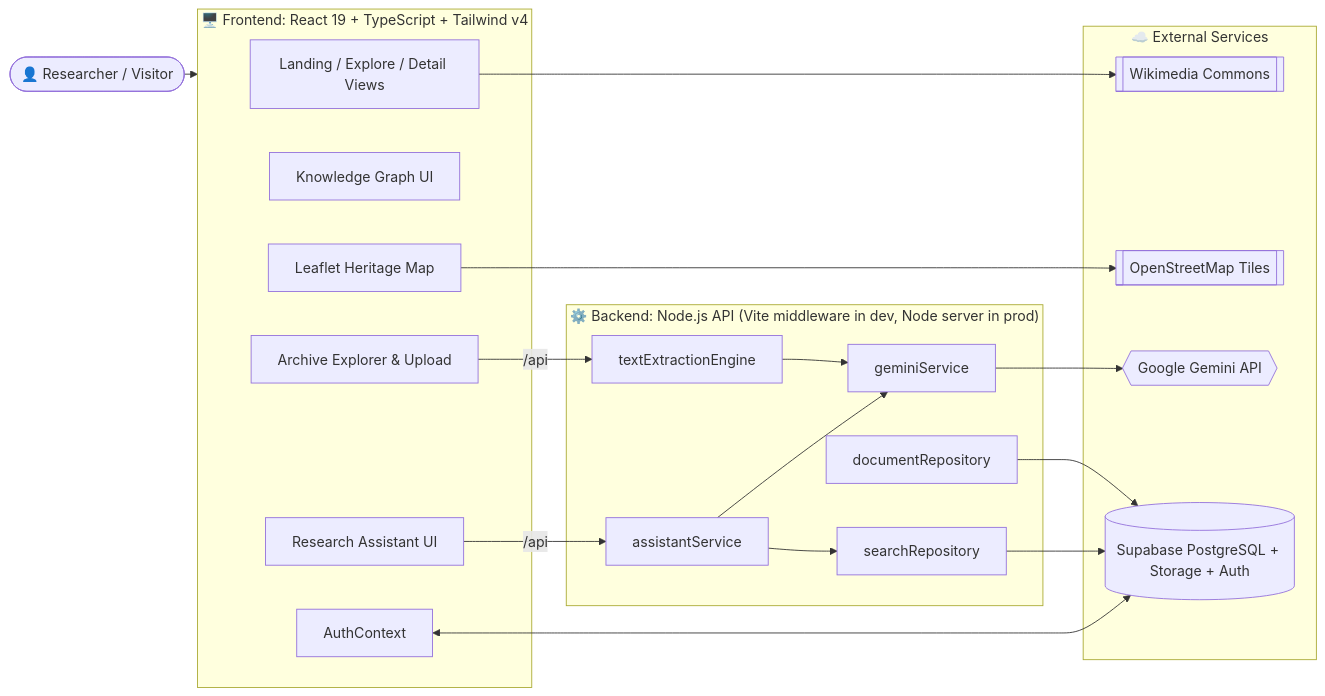
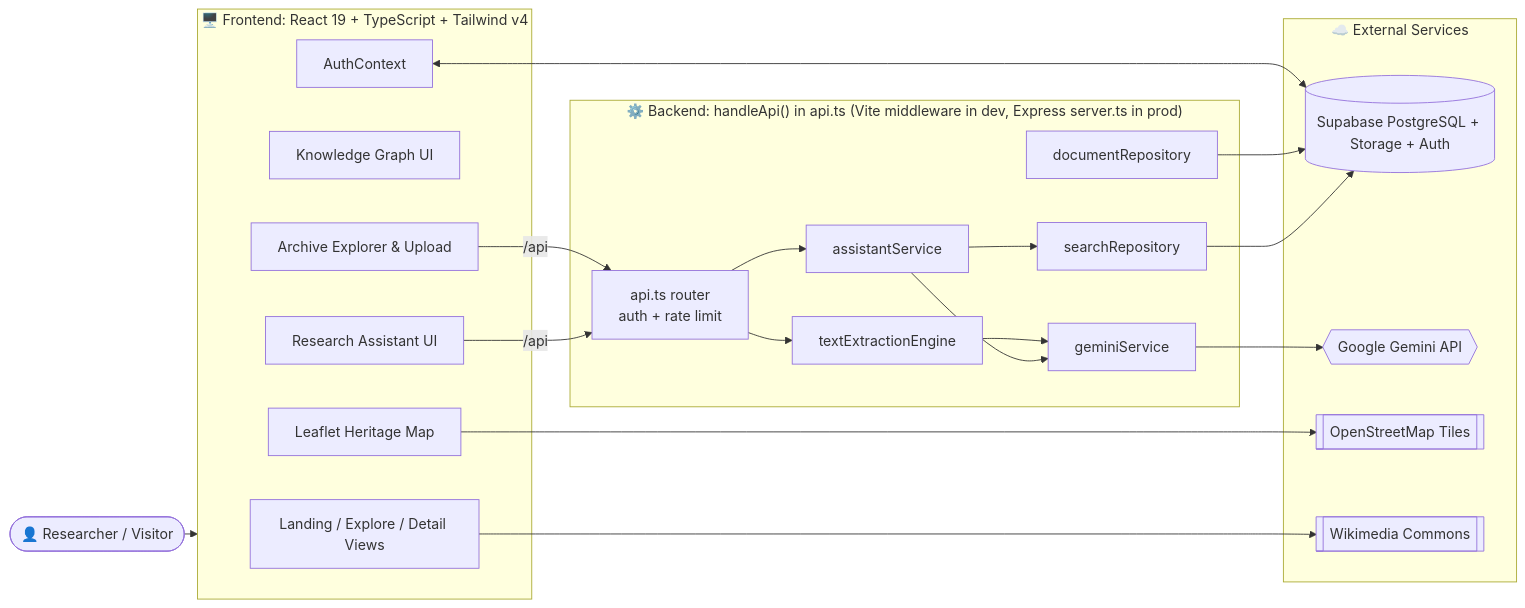
The first of 4 diagrams in README.md (bpvankar496-ux/HackIITG), drawn with Mermaid before and after one commit. The commit also changed other lines of this file, not shown here.

Commit message:
Improve README with architecture, API reference and folder structure

````diff
--- a/README.md
+++ b/README.md
@@ -87,41 +87,44 @@
 ```mermaid
 flowchart LR
     U([👤 Researcher / Visitor])
 
     subgraph Client["🖥️ Frontend: React 19 + TypeScript + Tailwind v4"]
         UI[Landing / Explore / Detail Views]
         KG[Knowledge Graph UI]
         MAP[Leaflet Heritage Map]
         VAULT[Archive Explorer & Upload]
         CHAT[Research Assistant UI]
         AUTH[AuthContext]
     end
 
-    subgraph Server["⚙️ Backend: Node.js API (Vite middleware in dev, Node server in prod)"]
+    subgraph Server["⚙️ Backend: handleApi() in api.ts (Vite middleware in dev, Express server.ts in prod)"]
+        API[api.ts router<br/>auth + rate limit]
         ASSIST[assistantService]
         GEM[geminiService]
         EXTRACT[textExtractionEngine]
         DOCREPO[documentRepository]
         SEARCH[searchRepository]
     end
 
     subgraph Cloud["☁️ External Services"]
         SB[(Supabase PostgreSQL + Storage + Auth)]
         GEMINI{{Google Gemini API}}
         OSM[[OpenStreetMap Tiles]]
         WM[[Wikimedia Commons]]
     end
 
     U --> Client
     AUTH <--> SB
     MAP --> OSM
     UI --> WM
-    VAULT -->|/api| EXTRACT
-    CHAT -->|/api| ASSIST
+    VAULT -->|/api| API
+    CHAT -->|/api| API
+    API --> EXTRACT
+    API --> ASSIST
     EXTRACT --> GEM
     ASSIST --> SEARCH
     ASSIST --> GEM
     DOCREPO --> SB
     SEARCH --> SB
     GEM --> GEMINI
 ```
````
